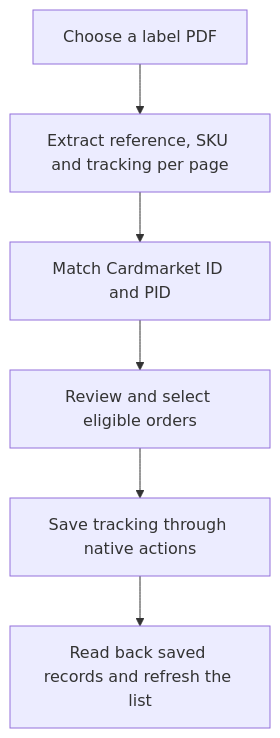
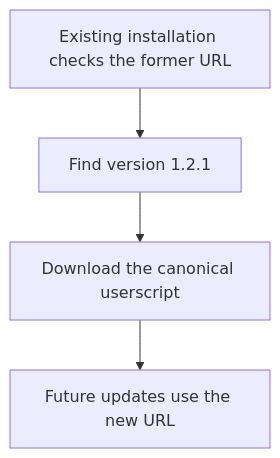
The diagram in tcgpowertools-tracking/README.md (tjx0726/P9_Tampermonkey), drawn with Mermaid before and after one commit. The commit also changed other lines of this file and 16 other files, not shown here.

````diff
--- a/tcgpowertools-tracking/README.md
+++ b/tcgpowertools-tracking/README.md
@@ -31,8 +11,6 @@
 ```mermaid
 flowchart TD
-    A[Choose a label PDF] --> B[Extract reference, SKU and tracking per page]
-    B --> C[Match Cardmarket ID and PID]
-    C --> D[Review and select eligible orders]
-    D --> E[Save tracking through native actions]
-    E --> F[Read back saved records and refresh the list]
+    A[Existing installation checks the former URL] --> B[Find version 1.2.1]
+    B --> C[Download the canonical userscript]
+    C --> D[Future updates use the new URL]
 ```
````
